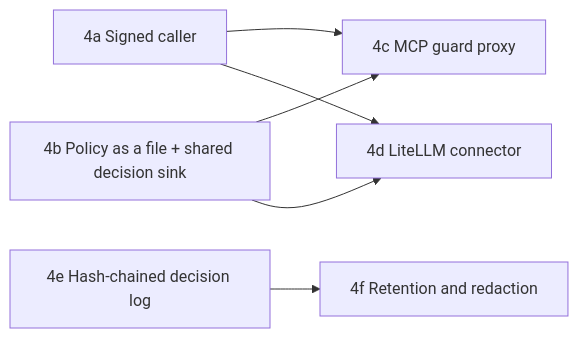
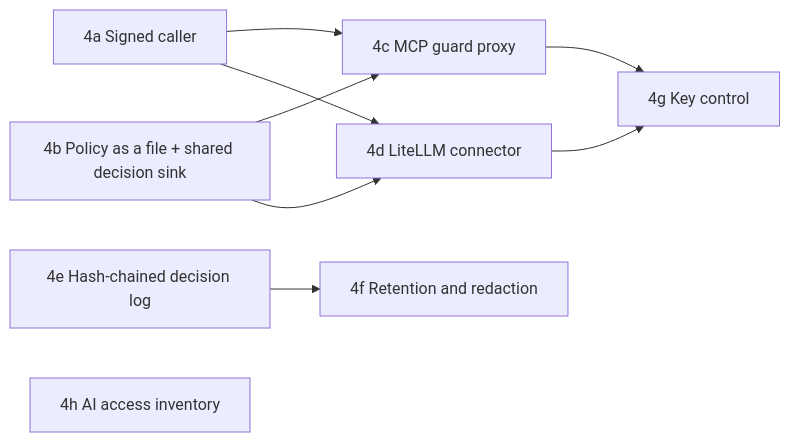
One commit to X0R-labs/core changed the first of 2 diagrams in docs/PHASE-4-PLAN.md. Above: the diagram before and after it, drawn with Mermaid. The commit also changed other lines of this file and 4 other files, not shown here.

````diff
--- a/docs/PHASE-4-PLAN.md
+++ b/docs/PHASE-4-PLAN.md
@@ -21,8 +17,11 @@
 ```mermaid
 flowchart LR
   A[4a Signed caller] --> C[4c MCP guard proxy]
   B[4b Policy as a file + shared decision sink] --> C
   B --> D[4d LiteLLM connector]
   A --> D
   E[4e Hash-chained decision log] --> F[4f Retention and redaction]
+  C --> G[4g Key control]
+  D --> G
+  H[4h AI access inventory]
 ```
````
